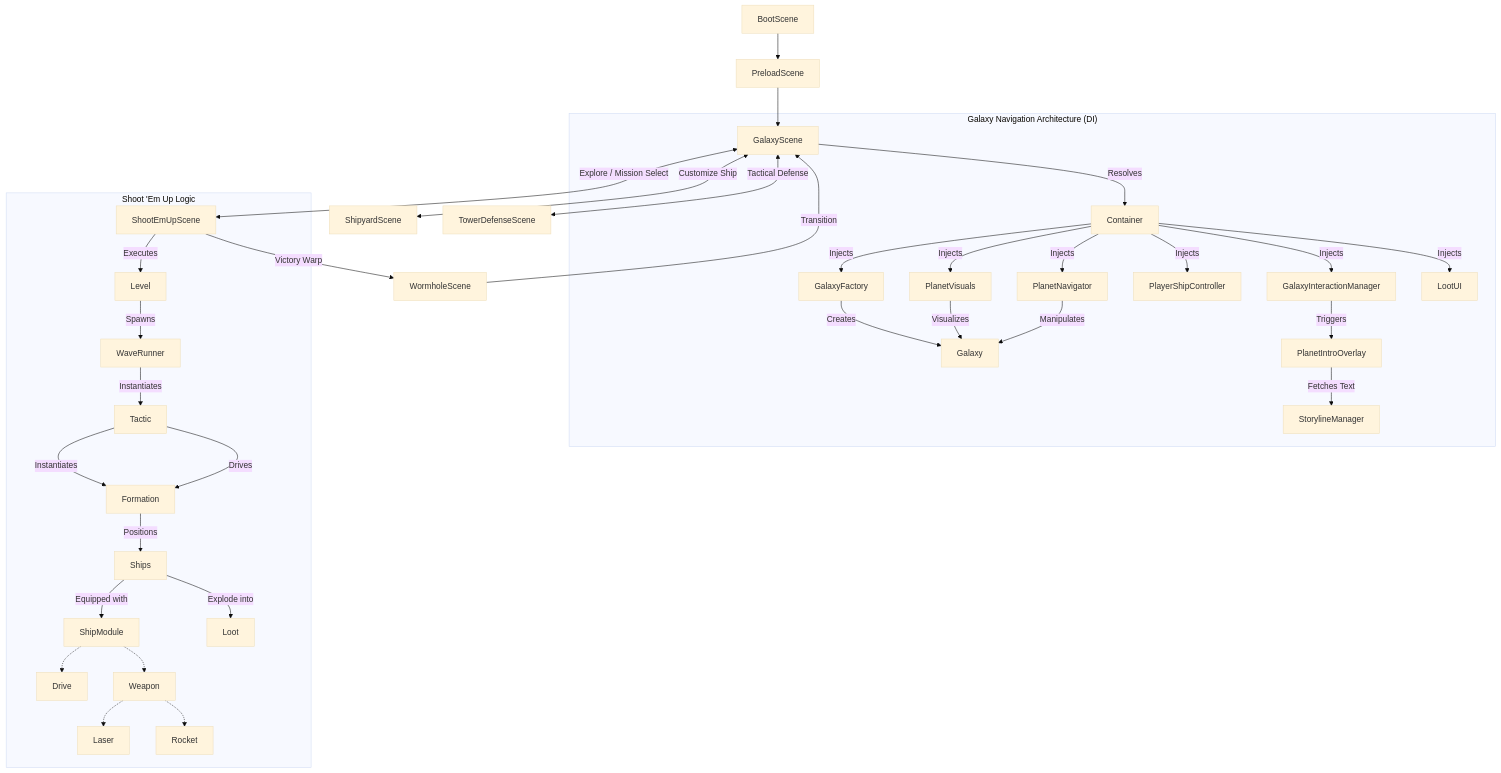
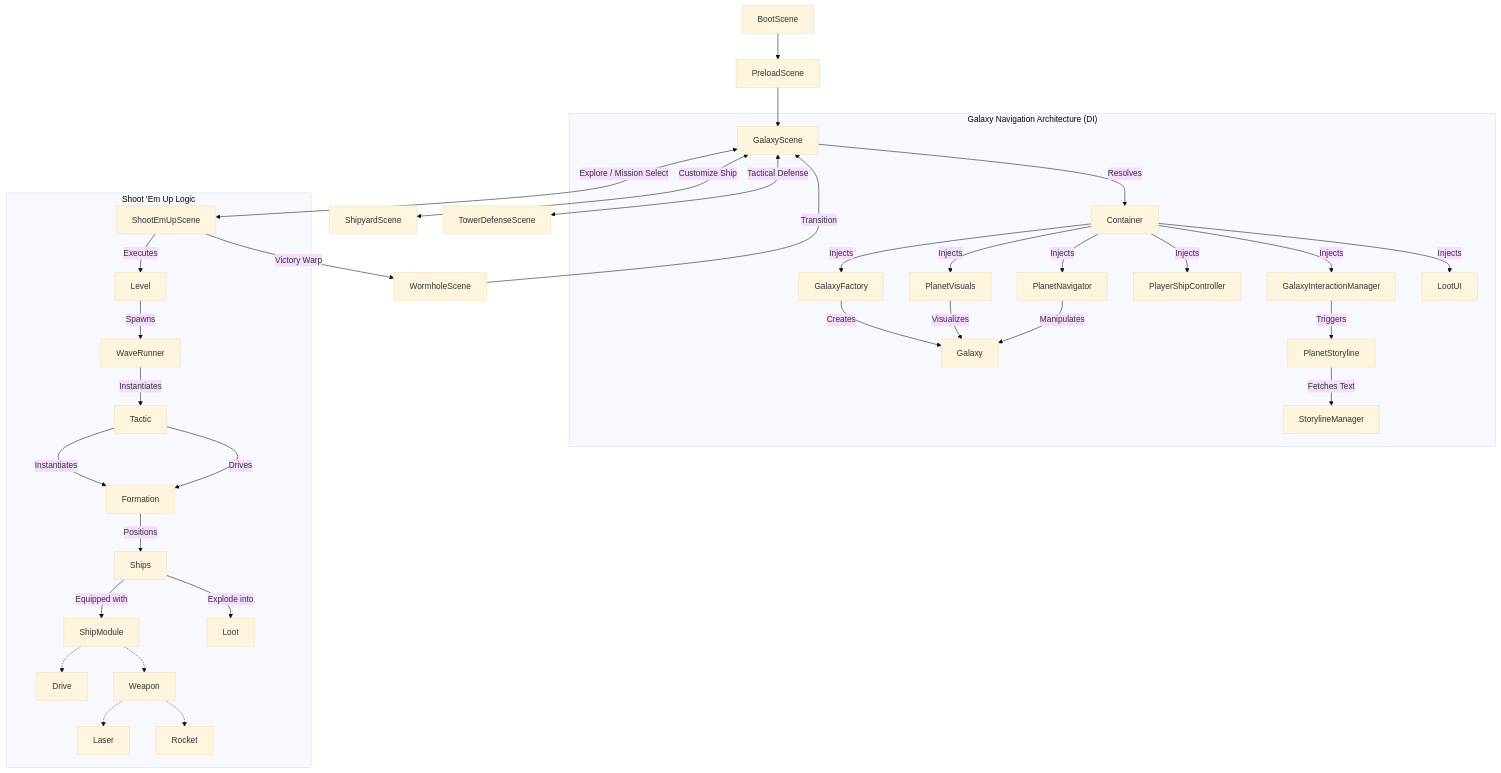
The diagram in TECHNICAL_README.md (pkcpkc/laser-phaser), drawn with Mermaid (base theme) before and after one commit. The commit also changed other lines of this file and 26 other files, not shown here.

````diff
--- a/TECHNICAL_README.md
+++ b/TECHNICAL_README.md
@@ -25,46 +25,46 @@
 ```mermaid
 graph TD
     %% Global Initial Flow
     BootScene --> PreloadScene
     PreloadScene --> GalaxyScene
 
     %% Main Navigation
     GalaxyScene <--> |"Explore / Mission Select"| ShootEmUpScene
     GalaxyScene <--> |"Customize Ship"| ShipyardScene
     GalaxyScene <--> |"Tactical Defense"| TowerDefenseScene
 
     %% Warp Mechanics
     ShootEmUpScene --> |"Victory Warp"| WormholeScene
     WormholeScene --> |"Transition"| GalaxyScene
 
     subgraph "Galaxy Navigation Architecture (DI)"
         GalaxyScene --> |"Resolves"| Container
         Container --> |"Injects"| GalaxyFactory
         Container --> |"Injects"| PlanetVisuals
         Container --> |"Injects"| GalaxyInteractionManager
         Container --> |"Injects"| PlayerShipController
         Container --> |"Injects"| PlanetNavigator
         Container --> |"Injects"| LootUI
         
         GalaxyFactory --> |"Creates"| Galaxy
         PlanetVisuals --> |"Visualizes"| Galaxy
         PlanetNavigator --> |"Manipulates"| Galaxy
-        GalaxyInteractionManager --> |"Triggers"| PlanetIntroOverlay
-        PlanetIntroOverlay --> |"Fetches Text"| StorylineManager
+        GalaxyInteractionManager --> |"Triggers"| PlanetStoryline
+        PlanetStoryline --> |"Fetches Text"| StorylineManager
     end
 
     subgraph "Shoot 'Em Up Logic"
         ShootEmUpScene --> |"Executes"| Level
         Level --> |"Spawns"| WaveRunner
         WaveRunner --> |"Instantiates"| Tactic
         Tactic --> |"Instantiates"| Formation
         Tactic --> |"Drives"| Formation
         Formation --> |"Positions"| Ships
         Ships --> |"Equipped with"| ShipModule
         ShipModule -.-> Drive
         ShipModule -.-> Weapon
         Weapon -.-> Laser
         Weapon -.-> Rocket
         Ships --> |"Explode into"| Loot
     end
 ```
````
